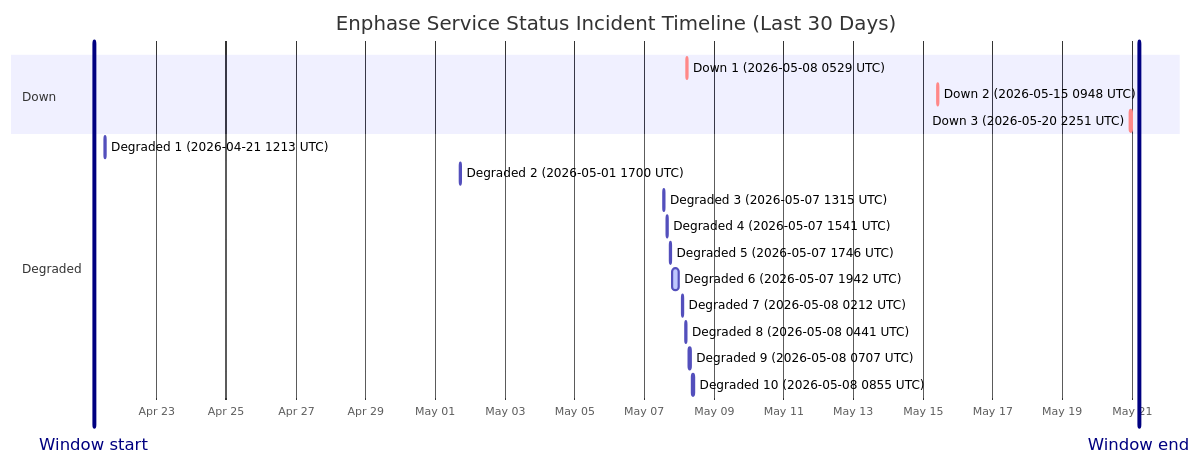
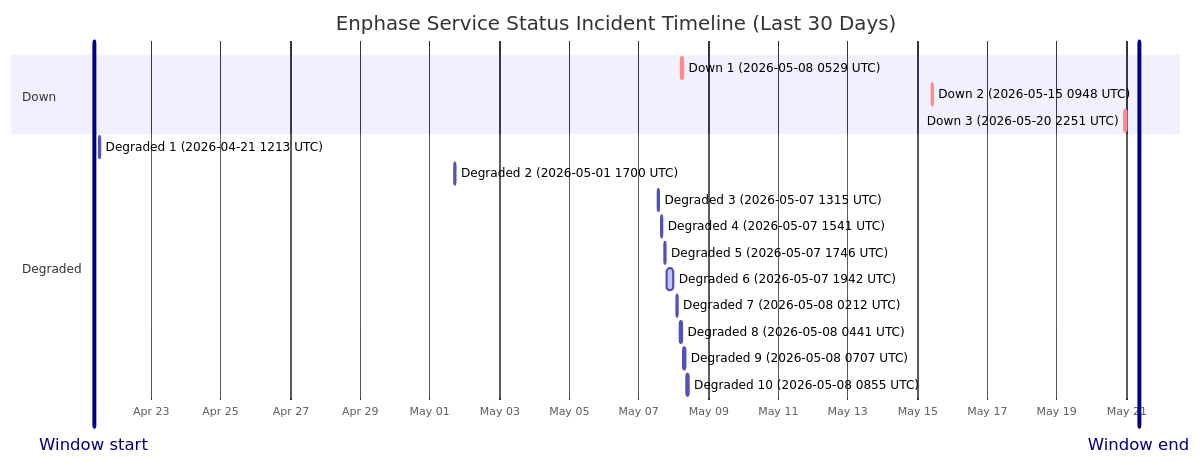
Before and after one commit to barneyonline/ha-enphase-ev-charger: the diagram in wiki/Service-Status-History.md, drawn with Mermaid. The commit also changed other lines of this file and 3 other files, not shown here.

````diff
--- a/wiki/Service-Status-History.md
+++ b/wiki/Service-Status-History.md
@@ -14,23 +14,23 @@
 ```mermaid
 gantt
     title Enphase Service Status Incident Timeline (Last 30 Days)
     dateFormat  YYYY-MM-DDTHH:mm:ss
     axisFormat  %b %d
-    Window start :vert, window-start, 2026-04-21T04:52:11, 0ms
-    Window end :vert, window-end, 2026-05-21T04:52:11, 0ms
+    Window start :vert, window-start, 2026-04-21T08:31:23, 0ms
+    Window end :vert, window-end, 2026-05-21T08:31:23, 0ms
     section Down
     Down 1 (2026-05-08 0529 UTC) :crit, down-1, 2026-05-08T05:29:47, 60m
     Down 2 (2026-05-15 0948 UTC) :crit, down-2, 2026-05-15T09:48:18, 60m
     Down 3 (2026-05-20 2251 UTC) :crit, down-3, 2026-05-20T22:51:14, 75m
     section Degraded
     Degraded 1 (2026-04-21 1213 UTC) :active, degraded-1, 2026-04-21T12:13:11, 60m
     Degraded 2 (2026-05-01 1700 UTC) :active, degraded-2, 2026-05-01T17:00:22, 60m
     Degraded 3 (2026-05-07 1315 UTC) :active, degraded-3, 2026-05-07T13:15:25, 60m
     Degraded 4 (2026-05-07 1541 UTC) :active, degraded-4, 2026-05-07T15:41:58, 60m
     Degraded 5 (2026-05-07 1746 UTC) :active, degraded-5, 2026-05-07T17:46:51, 60m
     Degraded 6 (2026-05-07 1942 UTC) :active, degraded-6, 2026-05-07T19:42:10, 249m
     Degraded 7 (2026-05-08 0212 UTC) :active, degraded-7, 2026-05-08T02:12:39, 60m
     Degraded 8 (2026-05-08 0441 UTC) :active, degraded-8, 2026-05-08T04:41:46, 60m
     Degraded 9 (2026-05-08 0707 UTC) :active, degraded-9, 2026-05-08T07:07:30, 60m
     Degraded 10 (2026-05-08 0855 UTC) :active, degraded-10, 2026-05-08T08:55:20, 88m
 ```
````
